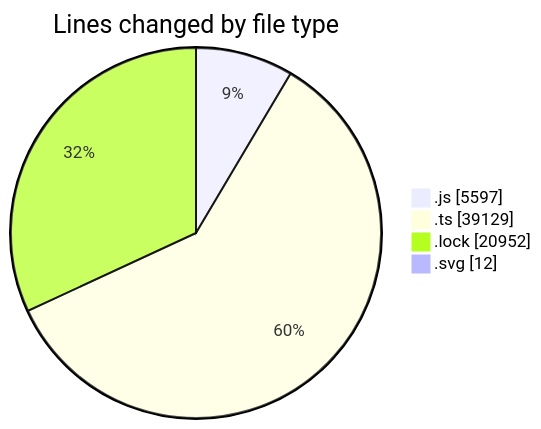
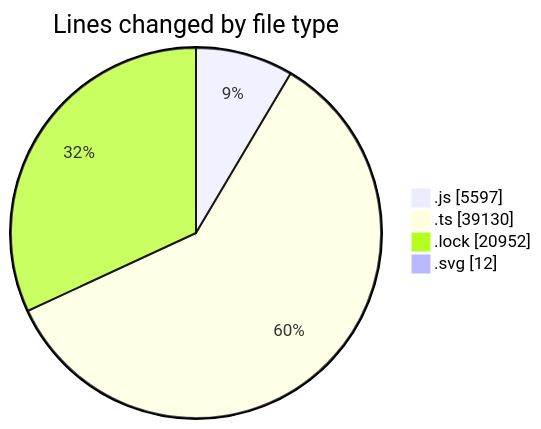
One commit to momahboobian/code-tracking changed the first of 2 diagrams in 2025-08-12/cda/README.md. Above: the diagram before and after it, drawn with Mermaid. The commit also changed other lines of this file and 1 other file, not shown here.

````diff
--- a/2025-08-12/cda/README.md
+++ b/2025-08-12/cda/README.md
@@ -42,8 +42,8 @@
 ```mermaid
 pie showData
 title Lines changed by file type
 ".js" : 5597
-".ts" : 39129
+".ts" : 39130
 ".lock" : 20952
 ".svg" : 12
 ```
````
